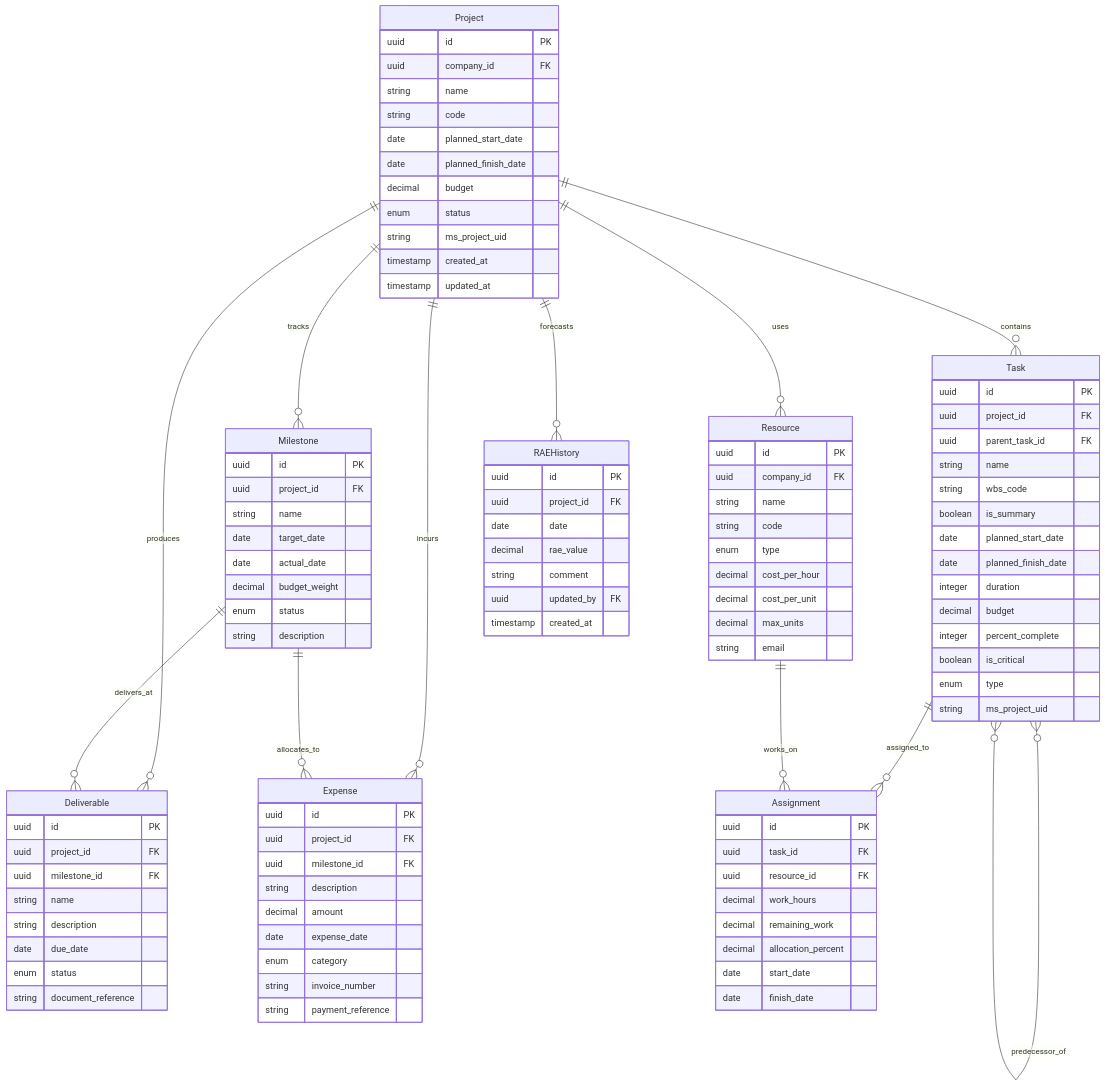
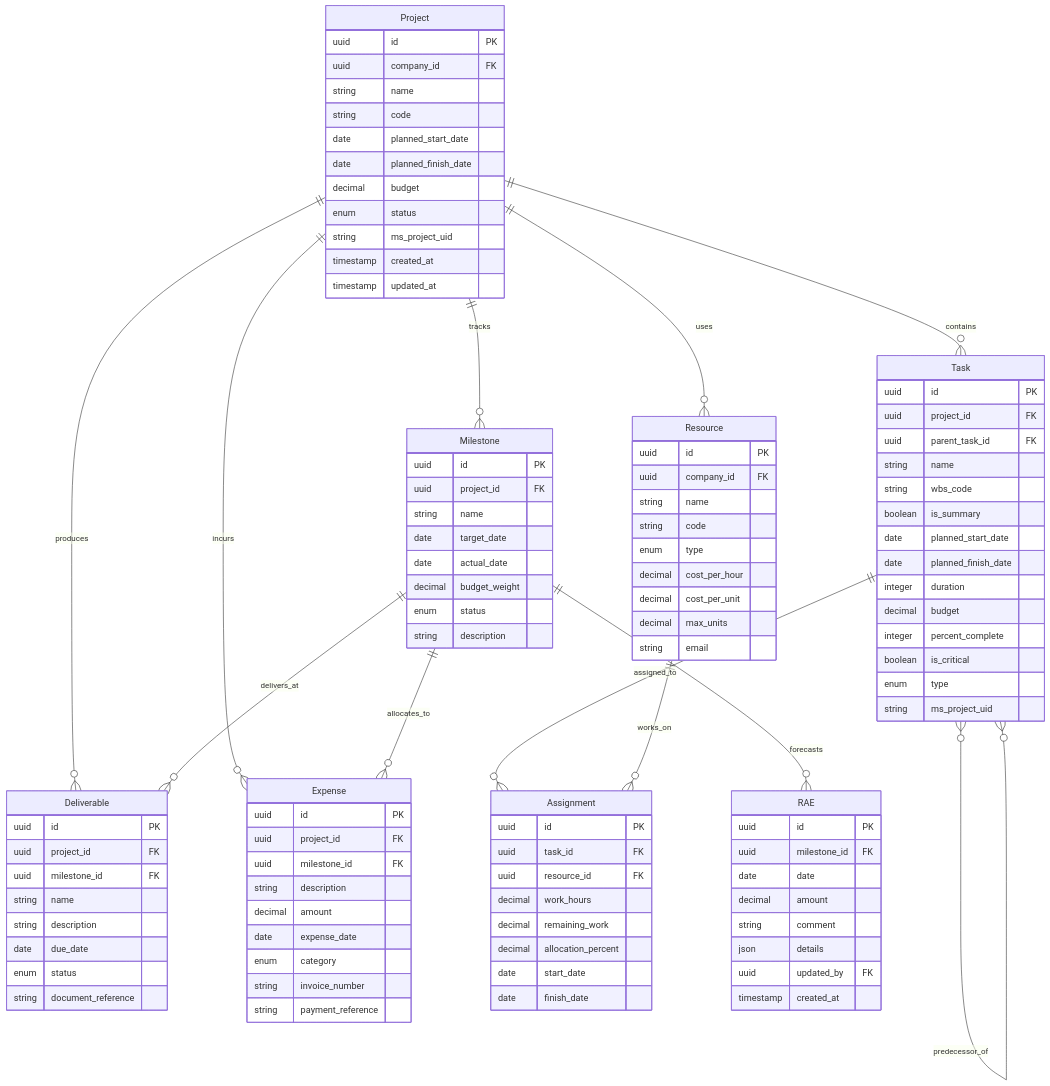
The third of 3 diagrams in spec/wfp-poc/schema-api-project-management-evm.md (waterfall-project/wfp-poc), drawn with Mermaid before and after one commit. The commit also changed other lines of this file, not shown here.

First line of the commit message:
feat(spec): move RAE from task-level to milestone-level

```diff
--- a/spec/wfp-poc/schema-api-project-management-evm.md
+++ b/spec/wfp-poc/schema-api-project-management-evm.md
@@ -669,7 +670,6 @@
     Project ||--o{ Deliverable : "produces"
     Project ||--o{ Resource : "uses"
     Project ||--o{ Expense : "incurs"
-    Project ||--o{ RAEHistory : "forecasts"
     
     Task ||--o{ Task : "parent_of"
     Task ||--o{ Assignment : "assigned_to"
@@ -677,6 +677,7 @@
     
     Milestone ||--o{ Deliverable : "delivers_at"
     Milestone ||--o{ Expense : "allocates_to"
+    Milestone ||--o{ RAE : "forecasts"
     
     Resource ||--o{ Assignment : "works_on"
     
@@ -768,12 +769,13 @@
         string payment_reference
     }
     
-    RAEHistory {
+    RAE {
         uuid id PK
-        uuid project_id FK
+        uuid milestone_id FK
         date date
-        decimal rae_value
+        decimal amount
         string comment
+        json details
         uuid updated_by FK
         timestamp created_at
     }
```
